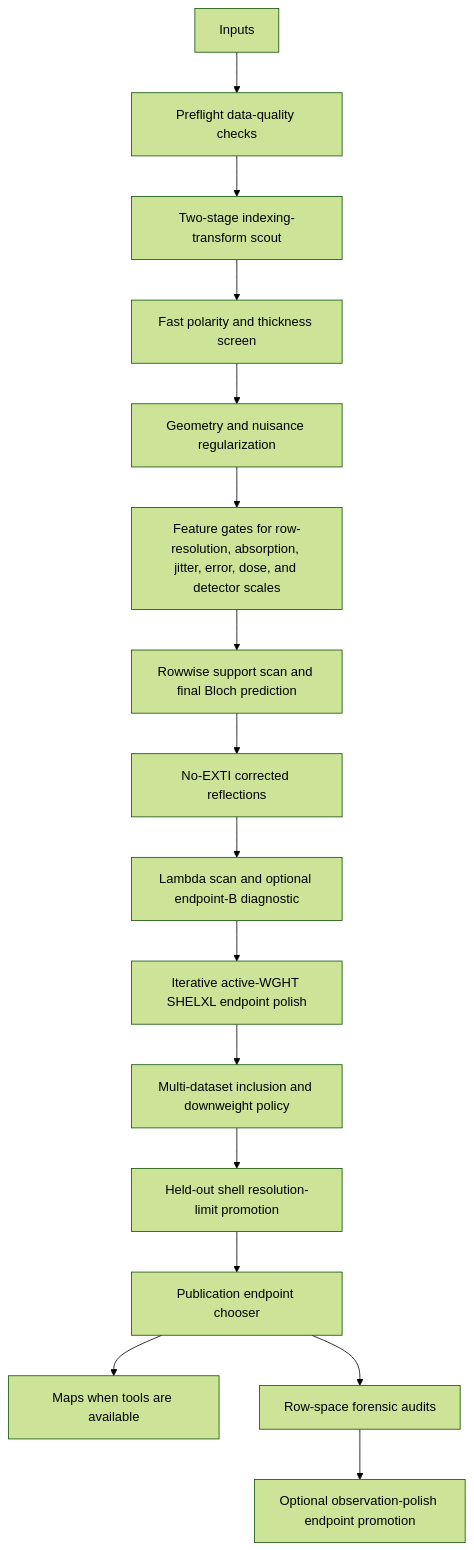
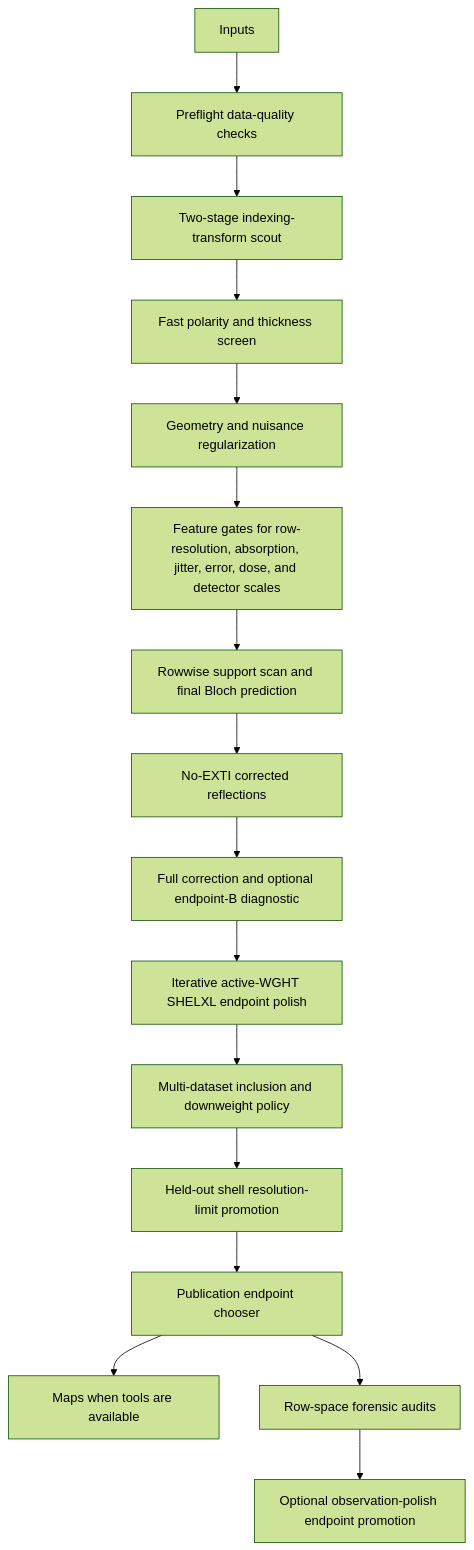
One commit to Martynowycz-Lab/GROND changed the diagram in docs/WORKFLOW.md. Above: the diagram before and after it, drawn with Mermaid (forest theme). The commit also changed other lines of this file and 14 other files, not shown here.

Commit message:
Pin auto endpoints to full q correction

````diff
--- a/docs/WORKFLOW.md
+++ b/docs/WORKFLOW.md
@@ -7,18 +7,18 @@
 ```mermaid
 flowchart TD
     A[Inputs] --> B[Preflight data-quality checks]
     B --> C[Two-stage indexing-transform scout]
     C --> D[Fast polarity and thickness screen]
     D --> E[Geometry and nuisance regularization]
     E --> F[Feature gates for row-resolution, absorption, jitter, error, dose, and detector scales]
     F --> G[Rowwise support scan and final Bloch prediction]
     G --> H[No-EXTI corrected reflections]
-    H --> I[Lambda scan and optional endpoint-B diagnostic]
+    H --> I[Full correction and optional endpoint-B diagnostic]
     I --> J[Iterative active-WGHT SHELXL endpoint polish]
     J --> K[Multi-dataset inclusion and downweight policy]
     K --> L[Held-out shell resolution-limit promotion]
     L --> M[Publication endpoint chooser]
     M --> N[Maps when tools are available]
     M --> O[Row-space forensic audits]
     O --> P[Optional observation-polish endpoint promotion]
 ```
````
